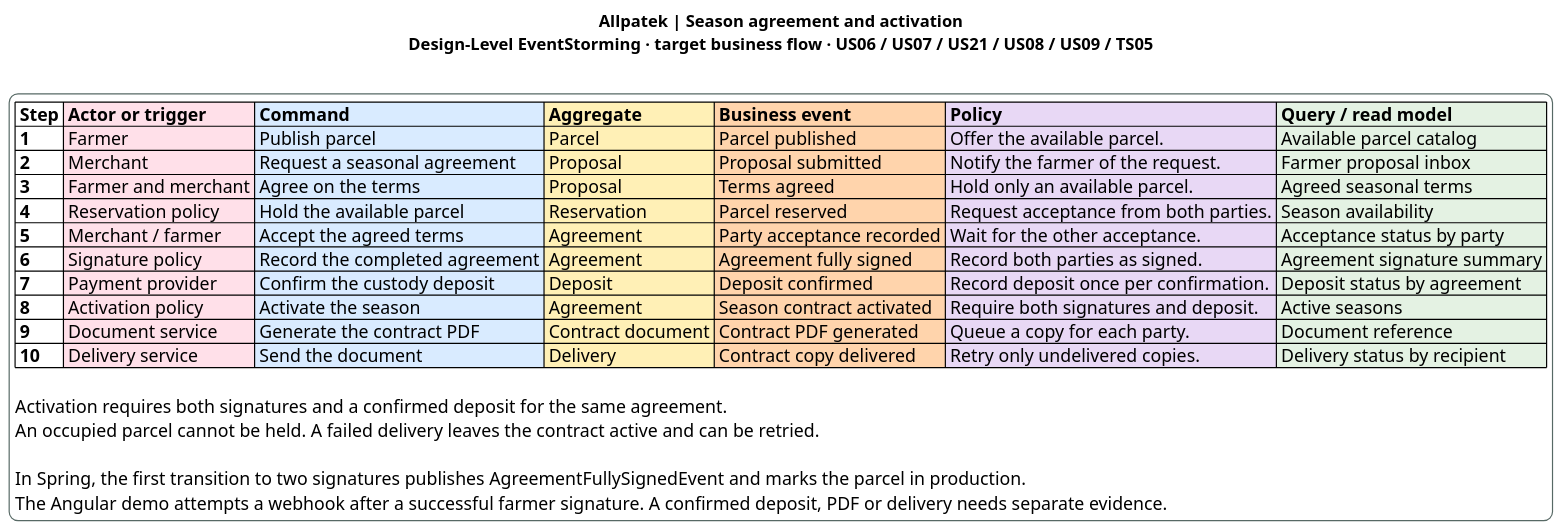
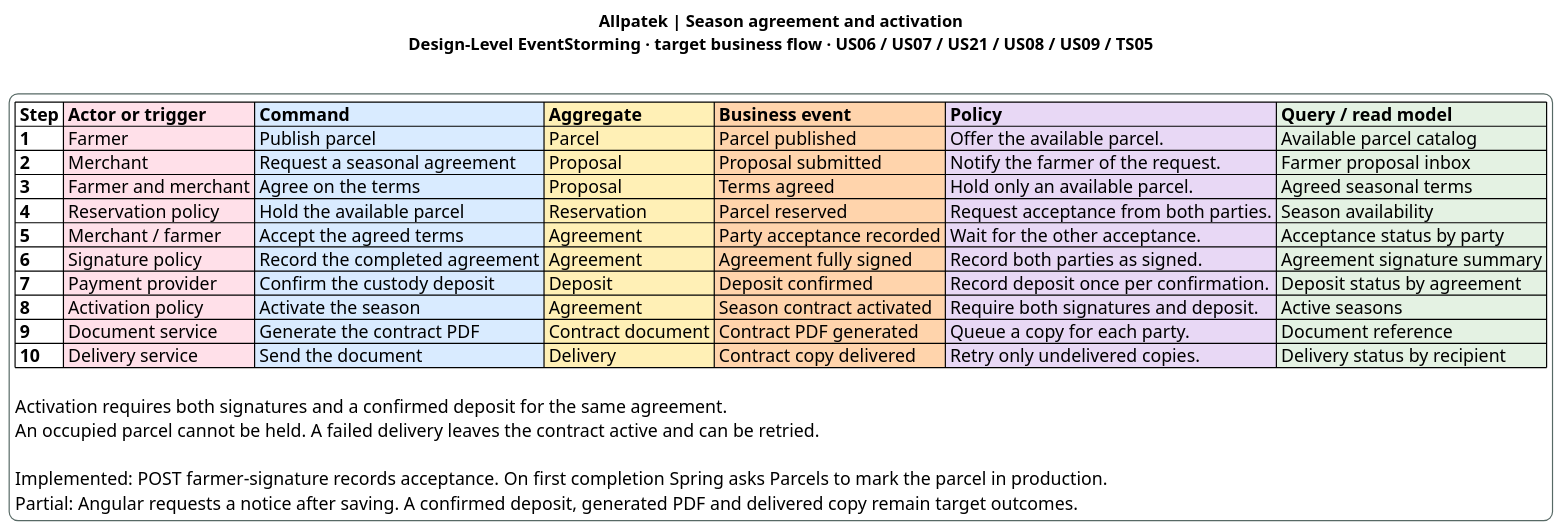
One commit to upc-pre-202620-1asi0729-7753-Terranova/allpatek-report changed the diagram in assets/chapter-04/architecture/01a-season-agreement.puml. Above: the diagram before and after it, drawn with PlantUML. The commit also changed 2 other files, not shown here.

Commit message:
docs(eventstorming): identify the implemented farmer signature

```diff
--- a/assets/chapter-04/architecture/01a-season-agreement.puml
+++ b/assets/chapter-04/architecture/01a-season-agreement.puml
@@ -1,30 +1,30 @@
 @startuml
 skinparam backgroundColor white
 skinparam shadowing false
 skinparam defaultFontName SansSerif
 skinparam defaultFontSize 15
 skinparam LegendBackgroundColor white
 skinparam LegendBorderColor #576965
 skinparam LegendFontSize 15
 skinparam dpi 126
 title Allpatek | Season agreement and activation\n<size:14>Design-Level EventStorming · target business flow · US06 / US07 / US21 / US08 / US09 / TS05</size>
 legend center
 |= Step |<#FFE0E9> **Actor or trigger** |<#D9EBFF> **Command** |<#FFF0B6> **Aggregate** |<#FFD4AC> **Business event** |<#E8D8F5> **Policy** |<#E4F2E3> **Query / read model** |
 | **1** |<#FFE0E9> Farmer |<#D9EBFF> Publish parcel |<#FFF0B6> Parcel |<#FFD4AC> Parcel published |<#E8D8F5> Offer the available parcel. |<#E4F2E3> Available parcel catalog |
 | **2** |<#FFE0E9> Merchant |<#D9EBFF> Request a seasonal agreement |<#FFF0B6> Proposal |<#FFD4AC> Proposal submitted |<#E8D8F5> Notify the farmer of the request. |<#E4F2E3> Farmer proposal inbox |
 | **3** |<#FFE0E9> Farmer and merchant |<#D9EBFF> Agree on the terms |<#FFF0B6> Proposal |<#FFD4AC> Terms agreed |<#E8D8F5> Hold only an available parcel. |<#E4F2E3> Agreed seasonal terms |
 | **4** |<#FFE0E9> Reservation policy |<#D9EBFF> Hold the available parcel |<#FFF0B6> Reservation |<#FFD4AC> Parcel reserved |<#E8D8F5> Request acceptance from both parties. |<#E4F2E3> Season availability |
 | **5** |<#FFE0E9> Merchant / farmer |<#D9EBFF> Accept the agreed terms |<#FFF0B6> Agreement |<#FFD4AC> Party acceptance recorded |<#E8D8F5> Wait for the other acceptance. |<#E4F2E3> Acceptance status by party |
 | **6** |<#FFE0E9> Signature policy |<#D9EBFF> Record the completed agreement |<#FFF0B6> Agreement |<#FFD4AC> Agreement fully signed |<#E8D8F5> Record both parties as signed. |<#E4F2E3> Agreement signature summary |
 | **7** |<#FFE0E9> Payment provider |<#D9EBFF> Confirm the custody deposit |<#FFF0B6> Deposit |<#FFD4AC> Deposit confirmed |<#E8D8F5> Record deposit once per confirmation. |<#E4F2E3> Deposit status by agreement |
 | **8** |<#FFE0E9> Activation policy |<#D9EBFF> Activate the season |<#FFF0B6> Agreement |<#FFD4AC> Season contract activated |<#E8D8F5> Require both signatures and deposit. |<#E4F2E3> Active seasons |
 | **9** |<#FFE0E9> Document service |<#D9EBFF> Generate the contract PDF |<#FFF0B6> Contract document |<#FFD4AC> Contract PDF generated |<#E8D8F5> Queue a copy for each party. |<#E4F2E3> Document reference |
 | **10** |<#FFE0E9> Delivery service |<#D9EBFF> Send the document |<#FFF0B6> Delivery |<#FFD4AC> Contract copy delivered |<#E8D8F5> Retry only undelivered copies. |<#E4F2E3> Delivery status by recipient |
 
 Activation requires both signatures and a confirmed deposit for the same agreement.
 An occupied parcel cannot be held. A failed delivery leaves the contract active and can be retried.
 
-In Spring, the first transition to two signatures publishes AgreementFullySignedEvent and marks the parcel in production.
-The Angular demo attempts a webhook after a successful farmer signature. A confirmed deposit, PDF or delivery needs separate evidence.
+Implemented: POST farmer-signature records acceptance. On first completion Spring asks Parcels to mark the parcel in production.
+Partial: Angular requests a notice after saving. A confirmed deposit, generated PDF and delivered copy remain target outcomes.
 endlegend
 @enduml
```
